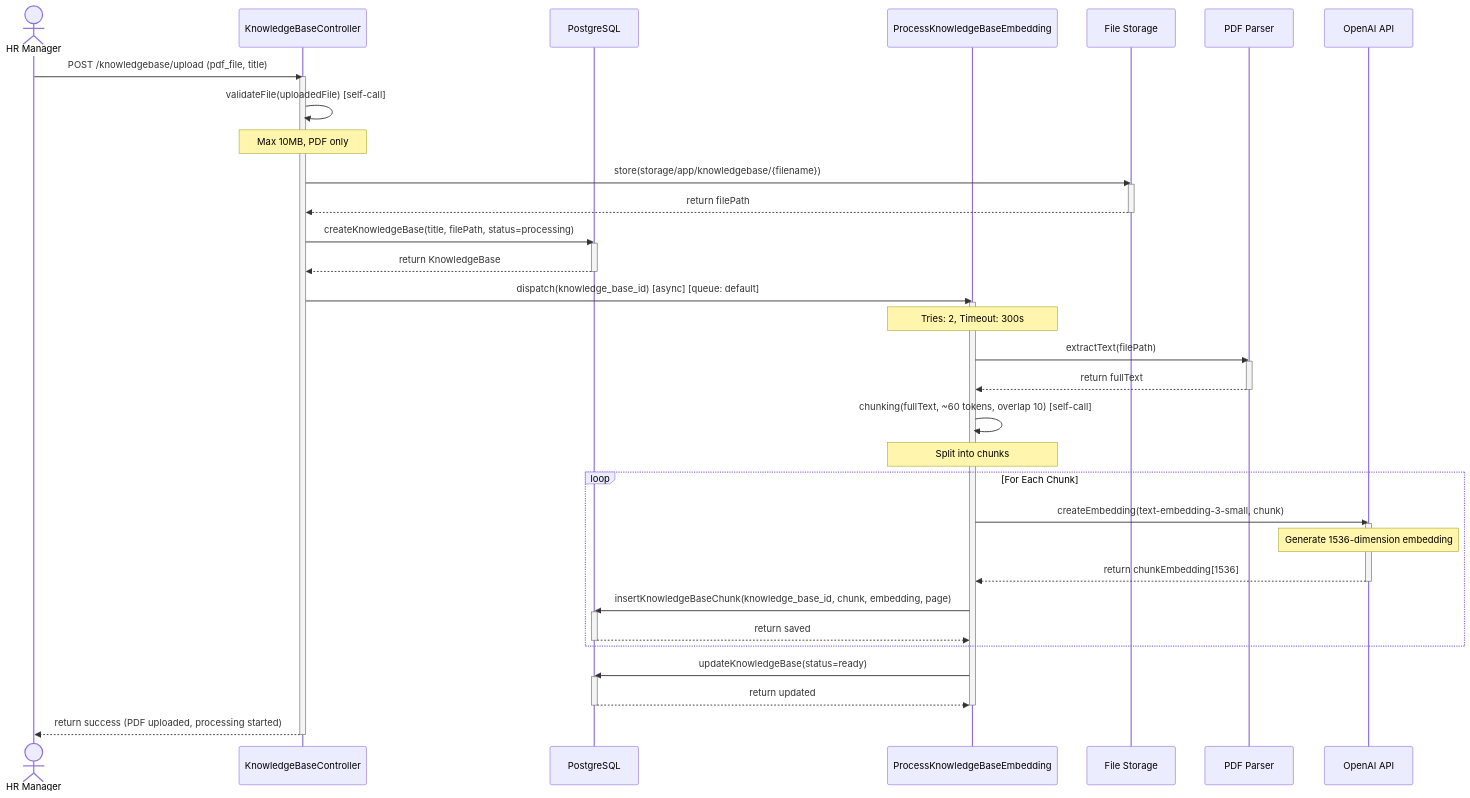
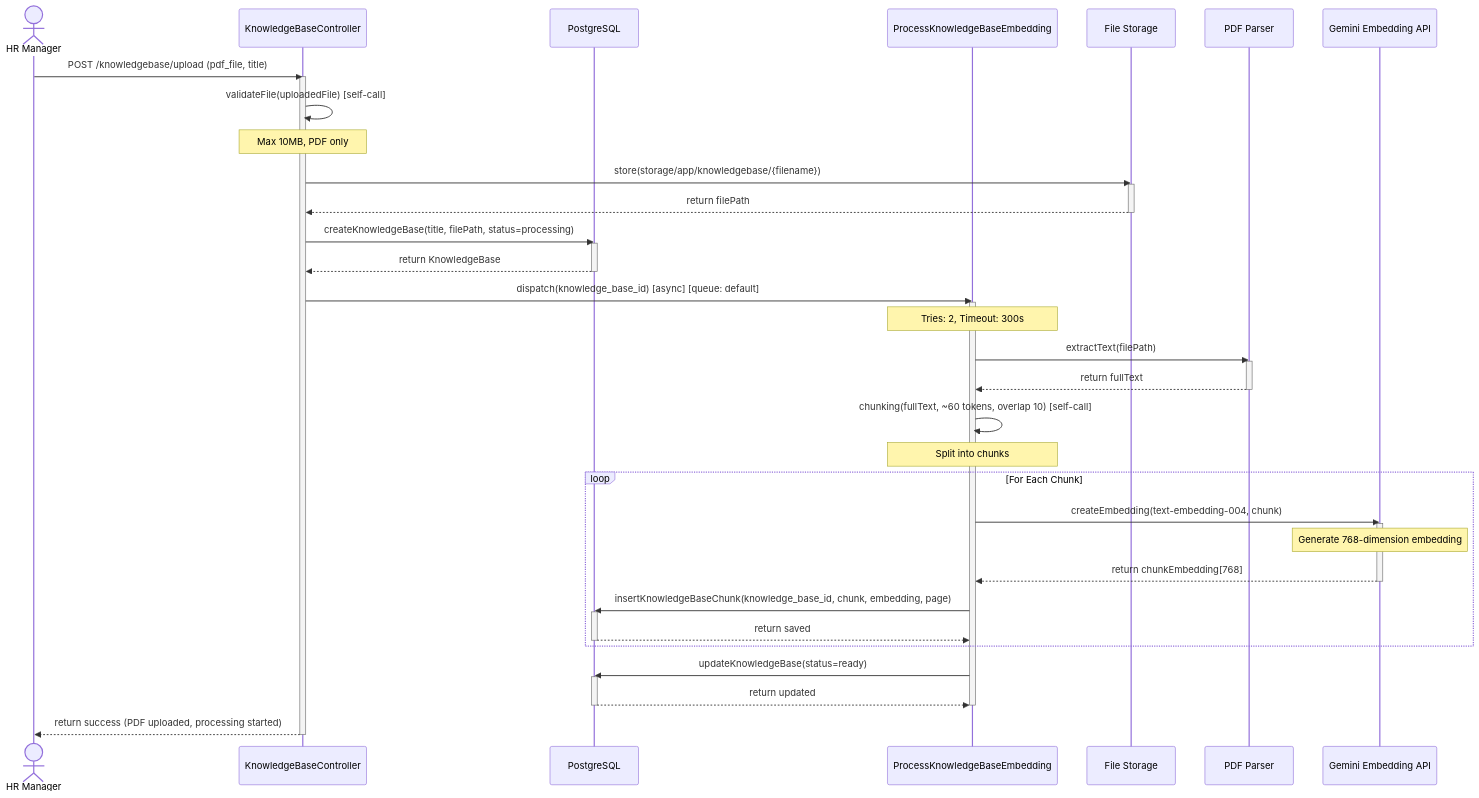
Before and after one commit to Merger2/hrconnect: the fifth of 5 diagrams in docs/architecture/sequence-diagrams.md, drawn with Mermaid. The commit also changed other lines of this file and 23 other files, not shown here.

````diff
--- a/docs/architecture/sequence-diagrams.md
+++ b/docs/architecture/sequence-diagrams.md
@@ -401,61 +401,61 @@
 ```mermaid
 sequenceDiagram
     actor HR as HR Manager
     participant C as KnowledgeBaseController
     participant DB as PostgreSQL
     participant J as ProcessKnowledgeBaseEmbedding
     participant FS as File Storage
     participant PDF as PDF Parser
-    participant OA as OpenAI API
+    participant GE as Gemini Embedding API
     
     HR->>C: POST /knowledgebase/upload (pdf_file, title)
     activate C
     
     C->>C: validateFile(uploadedFile) [self-call]
     Note over C: Max 10MB, PDF only
     
     C->>FS: store(storage/app/knowledgebase/{filename})
     activate FS
     FS-->>C: return filePath
     deactivate FS
     
     C->>DB: createKnowledgeBase(title, filePath, status=processing)
     activate DB
     DB-->>C: return KnowledgeBase
     deactivate DB
     
     C->>J: dispatch(knowledge_base_id) [async] [queue: default]
     activate J
     Note over J: Tries: 2, Timeout: 300s
     
     J->>PDF: extractText(filePath)
     activate PDF
     PDF-->>J: return fullText
     deactivate PDF
     
     J->>J: chunking(fullText, ~60 tokens, overlap 10) [self-call]
     Note over J: Split into chunks
     
     loop For Each Chunk
-        J->>OA: createEmbedding(text-embedding-3-small, chunk)
-        activate OA
-        Note over OA: Generate 1536-dimension embedding
-        OA-->>J: return chunkEmbedding[1536]
-        deactivate OA
+        J->>GE: createEmbedding(text-embedding-004, chunk)
+        activate GE
+        Note over GE: Generate 768-dimension embedding
+        GE-->>J: return chunkEmbedding[768]
+        deactivate GE
         
         J->>DB: insertKnowledgeBaseChunk(knowledge_base_id, chunk, embedding, page)
         activate DB
         DB-->>J: return saved
         deactivate DB
     end
     
     J->>DB: updateKnowledgeBase(status=ready)
     activate DB
     DB-->>J: return updated
     deactivate DB
     
     deactivate J
     
     C-->>HR: return success (PDF uploaded, processing started)
     deactivate C
 ```
````
